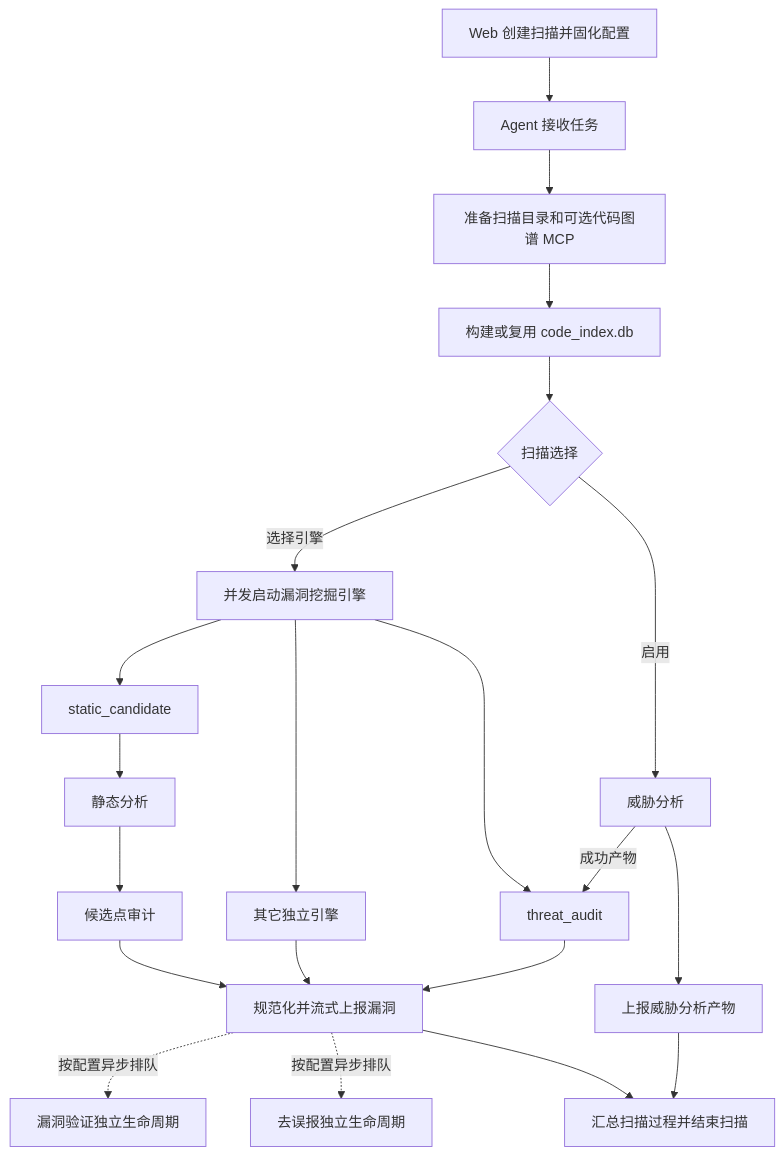
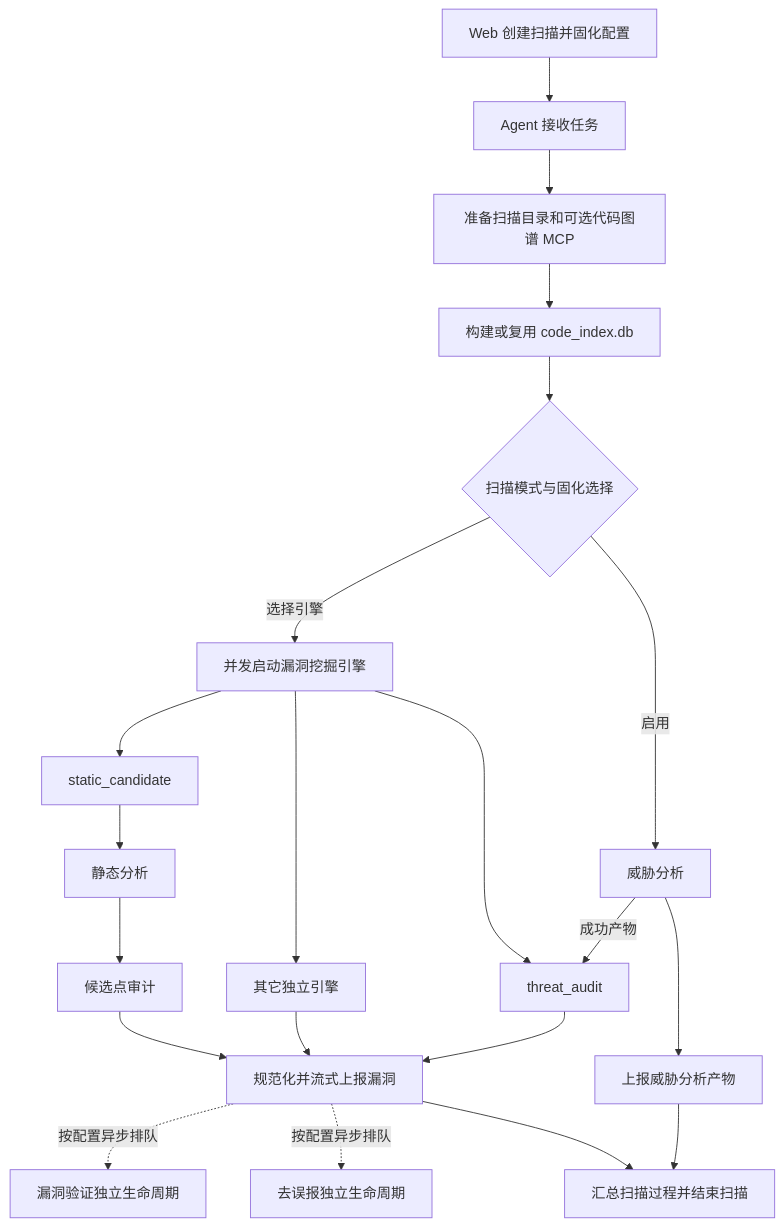
Before and after one commit to rainyutang/OpenDeepHole: the diagram in docs/framework_development.md, drawn with Mermaid. The commit also changed other lines of this file and 44 other files, not shown here.

````diff
--- a/docs/framework_development.md
+++ b/docs/framework_development.md
@@ -38,29 +38,29 @@
 ```mermaid
 flowchart TD
     A[Web 创建扫描并固化配置] --> B[Agent 接收任务]
     B --> C[准备扫描目录和可选代码图谱 MCP]
     C --> D[构建或复用 code_index.db]
-    D --> E{扫描选择}
+    D --> E{扫描模式与固化选择}
 
     E -->|启用| TA[威胁分析]
     E -->|选择引擎| ME[并发启动漏洞挖掘引擎]
 
     ME --> SC[static_candidate]
     SC --> SA[静态分析]
     SA --> CA[候选点审计]
 
     ME --> EXT[其它独立引擎]
     ME --> TH[threat_audit]
     TA -->|成功产物| TH
 
     CA --> R[规范化并流式上报漏洞]
     EXT --> R
     TH --> R
 
     R -.按配置异步排队.-> V[漏洞验证独立生命周期]
     R -.按配置异步排队.-> FP[去误报独立生命周期]
     TA --> AR[上报威胁分析产物]
 
     R --> F[汇总扫描过程并结束扫描]
     AR --> F
 ```
````
